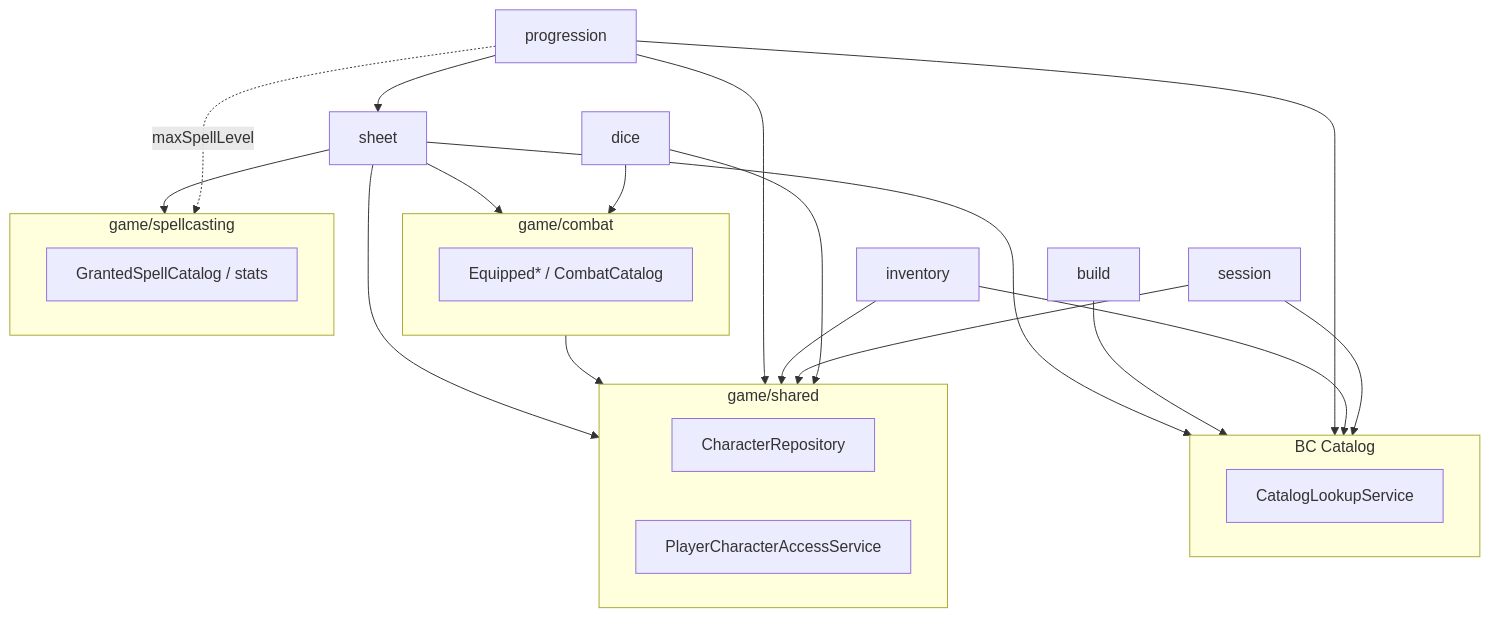
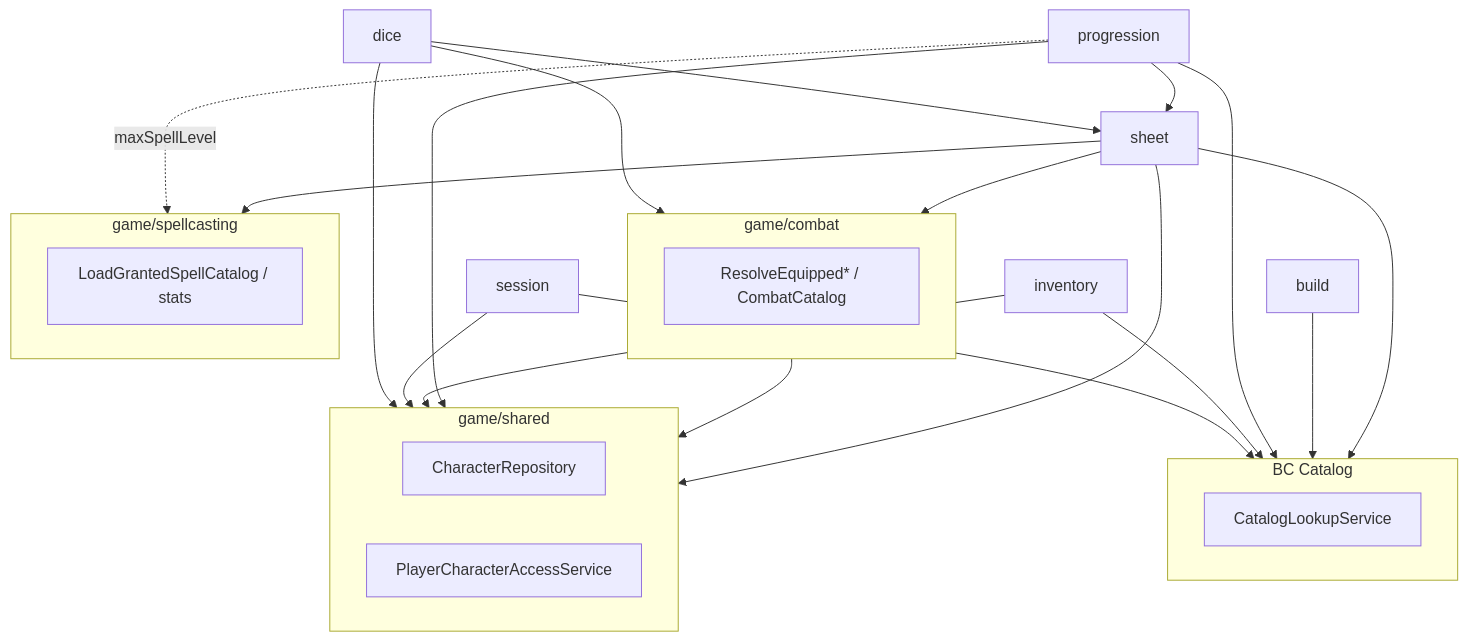
Before and after one commit to Lucas-PB1/dnd-back: the diagram in docs/architecture/game-module-structure.md, drawn with Mermaid. The commit also changed other lines of this file and 28 other files, not shown here.

````diff
--- a/docs/architecture/game-module-structure.md
+++ b/docs/architecture/game-module-structure.md
@@ -42,36 +42,37 @@
 ```mermaid
 flowchart TB
   subgraph shared [game/shared]
     R[CharacterRepository]
     A[PlayerCharacterAccessService]
   end
 
   subgraph catalog [BC Catalog]
     L[CatalogLookupService]
   end
 
   subgraph combat [game/combat]
-    C[Equipped* / CombatCatalog]
+    C[ResolveEquipped* / CombatCatalog]
   end
 
   subgraph spell [game/spellcasting]
-    S[GrantedSpellCatalog / stats]
+    S[LoadGrantedSpellCatalog / stats]
   end
 
   sheet --> shared
   sheet --> catalog
   sheet --> combat
   sheet --> spell
   combat --> shared
   build --> catalog
   progression --> shared
   progression --> catalog
   progression --> sheet
   progression -.->|maxSpellLevel| spell
   inventory --> shared
   inventory --> catalog
   session --> shared
   session --> catalog
   dice --> shared
   dice --> combat
+  dice --> sheet
 ```
````
